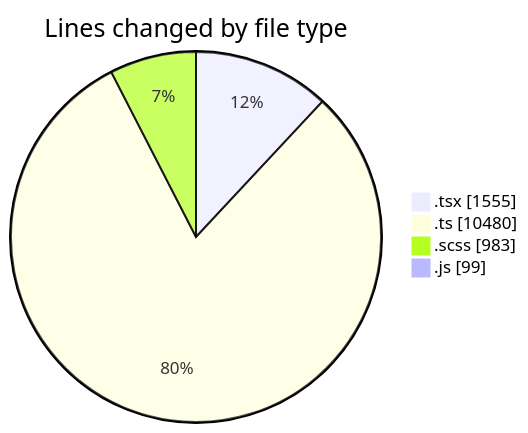
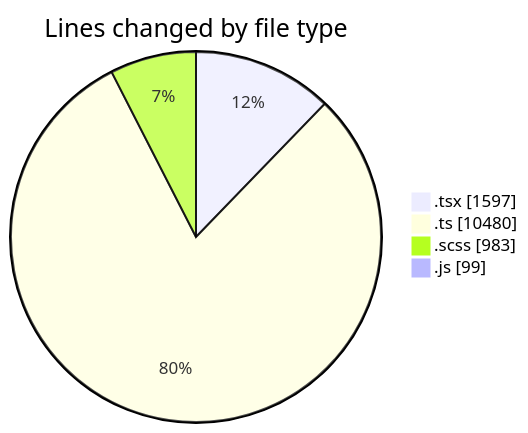
One commit to momahboobian/code-tracking changed the first of 2 diagrams in 2025-03-26/cda/README.md. Above: the diagram before and after it, drawn with Mermaid. The commit also changed other lines of this file and 1 other file, not shown here.

````diff
--- a/2025-03-26/cda/README.md
+++ b/2025-03-26/cda/README.md
@@ -44,8 +44,8 @@
 ```mermaid
 pie showData
 title Lines changed by file type
-".tsx" : 1555
+".tsx" : 1597
 ".ts" : 10480
 ".scss" : 983
 ".js" : 99
 ```
````
